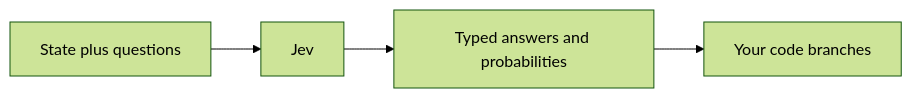
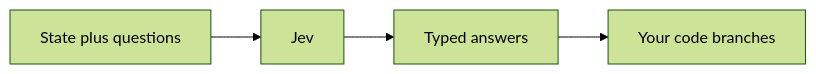
One commit to pmagnomuller/pmagnomuller.github.io changed the first of 5 diagrams in _posts/2026-09-21-jev-decision-layer.md. Above: the diagram before and after it, drawn with Mermaid (forest theme).

Commit message:
Shorten the first mermaid labels so they do not clip.

````diff
--- a/_posts/2026-09-21-jev-decision-layer.md
+++ b/_posts/2026-09-21-jev-decision-layer.md
@@ -37,6 +37,6 @@
 ```mermaid
 flowchart LR
   State[State plus questions] --> Jev[Jev]
-  Jev --> Answers[Typed answers and probabilities]
+  Jev --> Answers[Typed answers]
   Answers --> Code[Your code branches]
 ```
````
